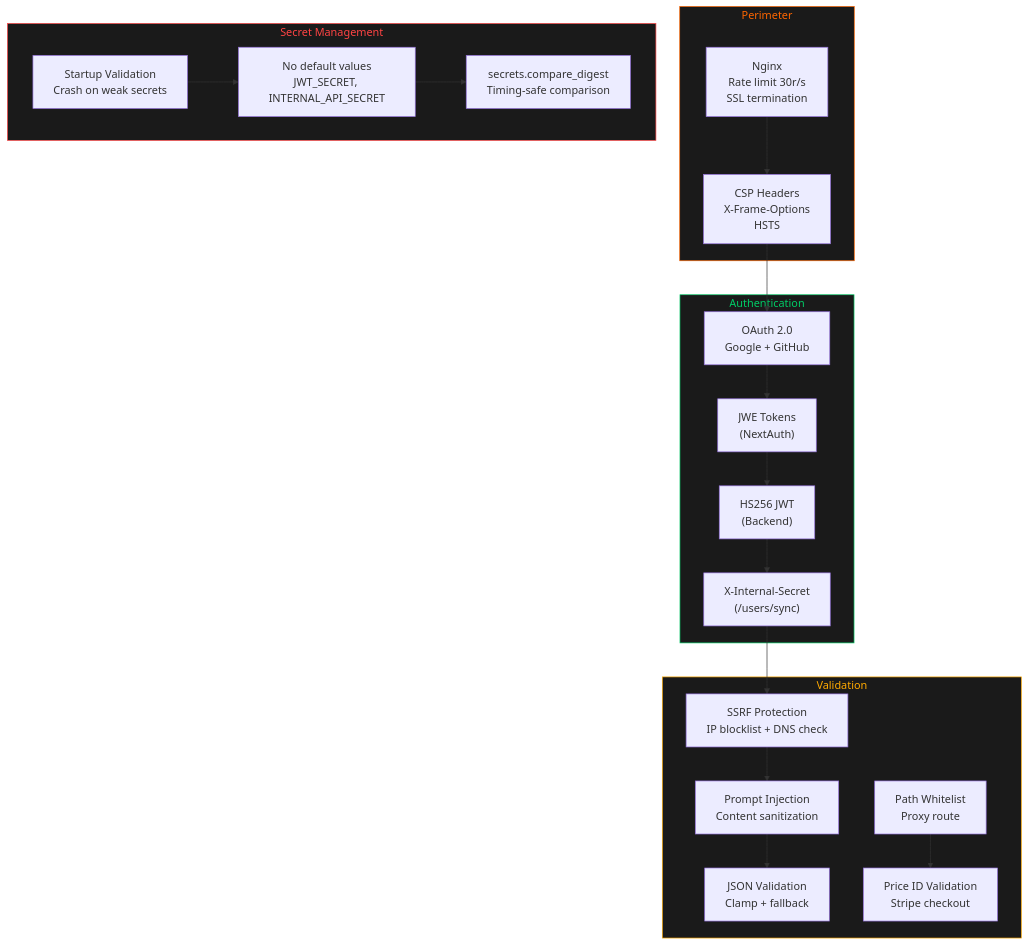
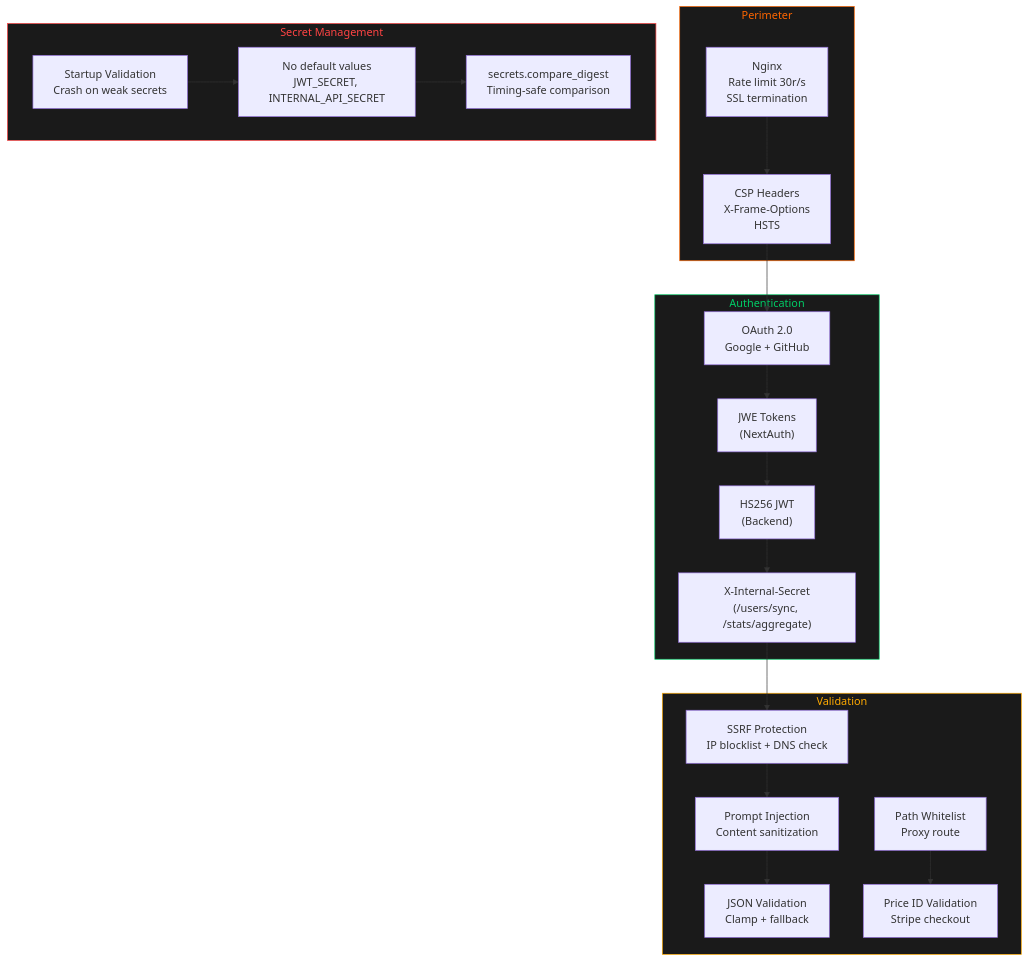
One commit to nabz0r/deadinternet.report changed the eighth of 10 diagrams in docs/ARCHITECTURE.md. Above: the diagram before and after it, drawn with Mermaid. The commit also changed other lines of this file and 3 other files, not shown here.

````diff
--- a/docs/ARCHITECTURE.md
+++ b/docs/ARCHITECTURE.md
@@ -290,42 +384,42 @@
 ```mermaid
 graph TB
     subgraph Perimeter["Perimeter"]
         NGINX["Nginx<br/>Rate limit 30r/s<br/>SSL termination"]
         CSP["CSP Headers<br/>X-Frame-Options<br/>HSTS"]
     end
 
     subgraph Auth["Authentication"]
         OAuth2["OAuth 2.0<br/>Google + GitHub"]
         JWE["JWE Tokens<br/>(NextAuth)"]
         HS256["HS256 JWT<br/>(Backend)"]
-        Internal["X-Internal-Secret<br/>(/users/sync)"]
+        Internal["X-Internal-Secret<br/>(/users/sync, /stats/aggregate)"]
     end
 
     subgraph Validation["Validation"]
         SSRF["SSRF Protection<br/>IP blocklist + DNS check"]
         Prompt["Prompt Injection<br/>Content sanitization"]
         JSONVal["JSON Validation<br/>Clamp + fallback"]
         PathWL["Path Whitelist<br/>Proxy route"]
         PriceVal["Price ID Validation<br/>Stripe checkout"]
     end
 
     subgraph Secrets["Secret Management"]
         EnvVal["Startup Validation<br/>Crash on weak secrets"]
         NoDefault["No default values<br/>JWT_SECRET, INTERNAL_API_SECRET"]
         CompareDigest["secrets.compare_digest<br/>Timing-safe comparison"]
     end
 
     NGINX --> CSP
     CSP --> OAuth2
     OAuth2 --> JWE --> HS256
     HS256 --> Internal
     Internal --> SSRF
     SSRF --> Prompt --> JSONVal
     PathWL --> PriceVal
     EnvVal --> NoDefault --> CompareDigest
 
     style Perimeter fill:#1a1a1a,color:#ff6600,stroke:#ff6600
     style Auth fill:#1a1a1a,color:#00cc66,stroke:#00cc66
     style Validation fill:#1a1a1a,color:#ffaa00,stroke:#ffaa00
     style Secrets fill:#1a1a1a,color:#ff4444,stroke:#ff4444
 ```
````
